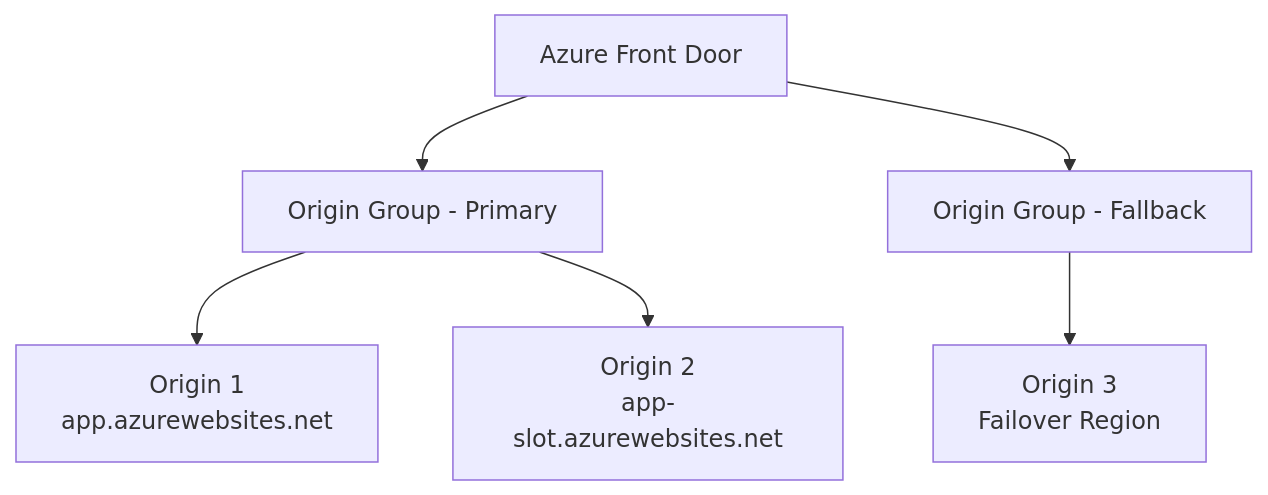
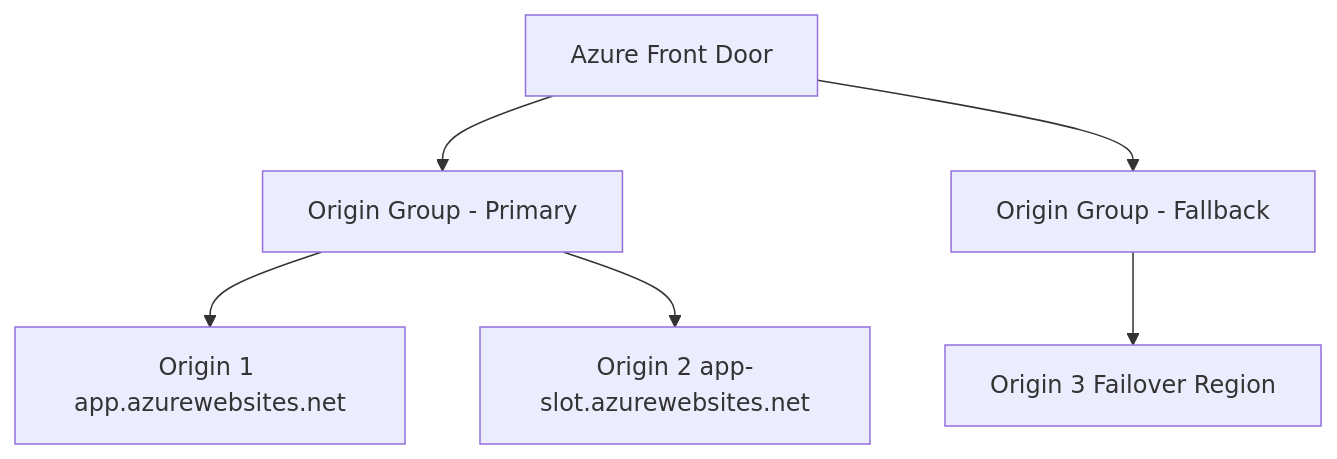
The third of 6 diagrams in Microsoft 365/Azure/Netzwerk/Azure Front Door.md (SoniiiT/notes-n-docs), drawn with Mermaid before and after one commit. The commit also changed other lines of this file and 124 other files, not shown here.

First line of the commit message:
fix: Entferne \n aus allen Mermaid-Diagrammen (125 Dateien)

````diff
--- a/Microsoft 365/Azure/Netzwerk/Azure Front Door.md
+++ b/Microsoft 365/Azure/Netzwerk/Azure Front Door.md
@@ -115,8 +115,8 @@
 ```mermaid
 graph TD
     AFD[Azure Front Door] --> OG1[Origin Group - Primary]
     AFD --> OG2[Origin Group - Fallback]
-    OG1 --> O1[Origin 1\napp.azurewebsites.net]
-    OG1 --> O2[Origin 2\napp-slot.azurewebsites.net]
-    OG2 --> O3[Origin 3\nFailover Region]
+    OG1 --> O1[Origin 1 app.azurewebsites.net]
+    OG1 --> O2[Origin 2 app-slot.azurewebsites.net]
+    OG2 --> O3[Origin 3 Failover Region]
 ```
````
